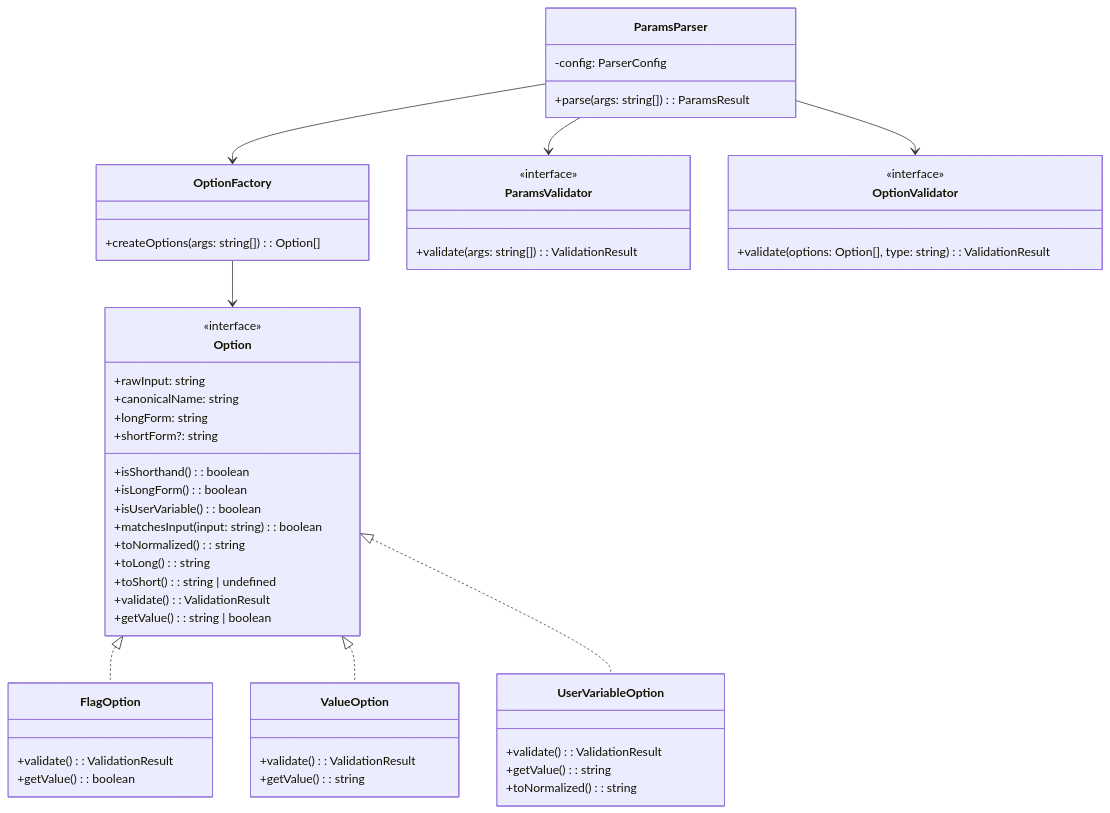
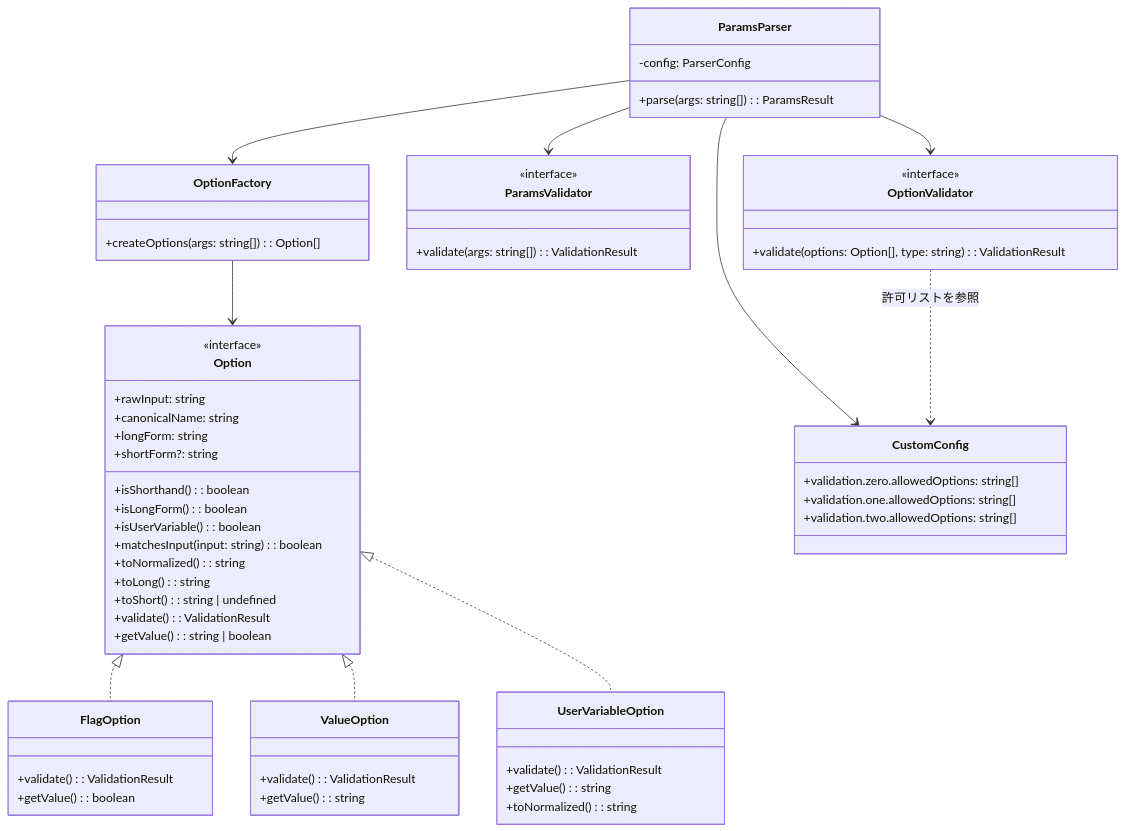
The sixth of 7 diagrams in docs/architecture/layer2_diagrams.ja.md (tettuan/breakdownparams), drawn with Mermaid before and after one commit. The commit also changed other lines of this file and 10 other files, not shown here.

First line of the commit message:
docs: clarify SecurityValidator and OptionValidator design intent

````diff
--- a/docs/architecture/layer2_diagrams.ja.md
+++ b/docs/architecture/layer2_diagrams.ja.md
@@ -170,62 +175,70 @@
 ```mermaid
 classDiagram
     class Option {
         <<interface>>
         +rawInput: string
         +canonicalName: string
         +longForm: string
         +shortForm?: string
         +isShorthand(): boolean
         +isLongForm(): boolean
         +isUserVariable(): boolean
         +matchesInput(input: string): boolean
         +toNormalized(): string
         +toLong(): string
         +toShort(): string | undefined
         +validate(): ValidationResult
         +getValue(): string | boolean
     }
     
     class FlagOption {
         +validate(): ValidationResult
         +getValue(): boolean
     }
     
     class ValueOption {
         +validate(): ValidationResult
         +getValue(): string
     }
     
     class UserVariableOption {
         +validate(): ValidationResult
         +getValue(): string
         +toNormalized(): string
     }
     
     class OptionFactory {
         +createOptions(args: string[]): Option[]
     }
     
     class ParamsParser {
         +parse(args: string[]): ParamsResult
         -config: ParserConfig
     }
     
     class ParamsValidator {
         <<interface>>
         +validate(args: string[]): ValidationResult
     }
     
     class OptionValidator {
         <<interface>>
         +validate(options: Option[], type: string): ValidationResult
     }
     
+    class CustomConfig {
+        +validation.zero.allowedOptions: string[]
+        +validation.one.allowedOptions: string[]
+        +validation.two.allowedOptions: string[]
+    }
+    
     Option <|.. FlagOption
     Option <|.. ValueOption
     Option <|.. UserVariableOption
     OptionFactory --> Option
     ParamsParser --> OptionFactory
     ParamsParser --> ParamsValidator
     ParamsParser --> OptionValidator
+    ParamsParser --> CustomConfig
+    OptionValidator ..> CustomConfig : 許可リストを参照
 ```
````
